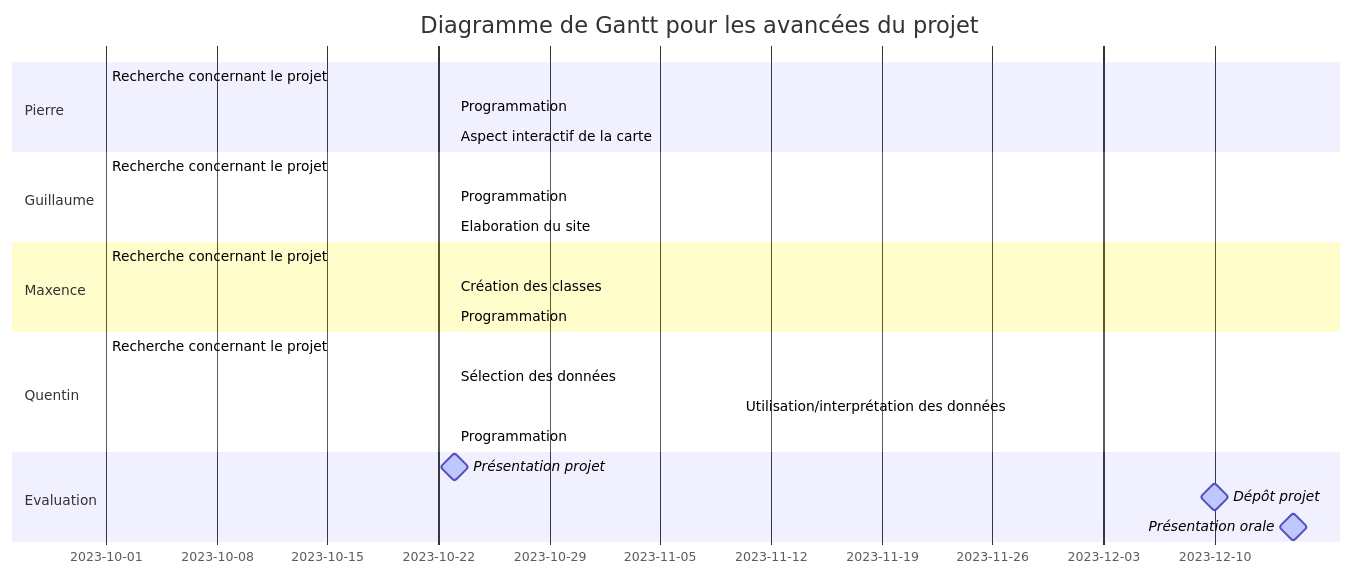
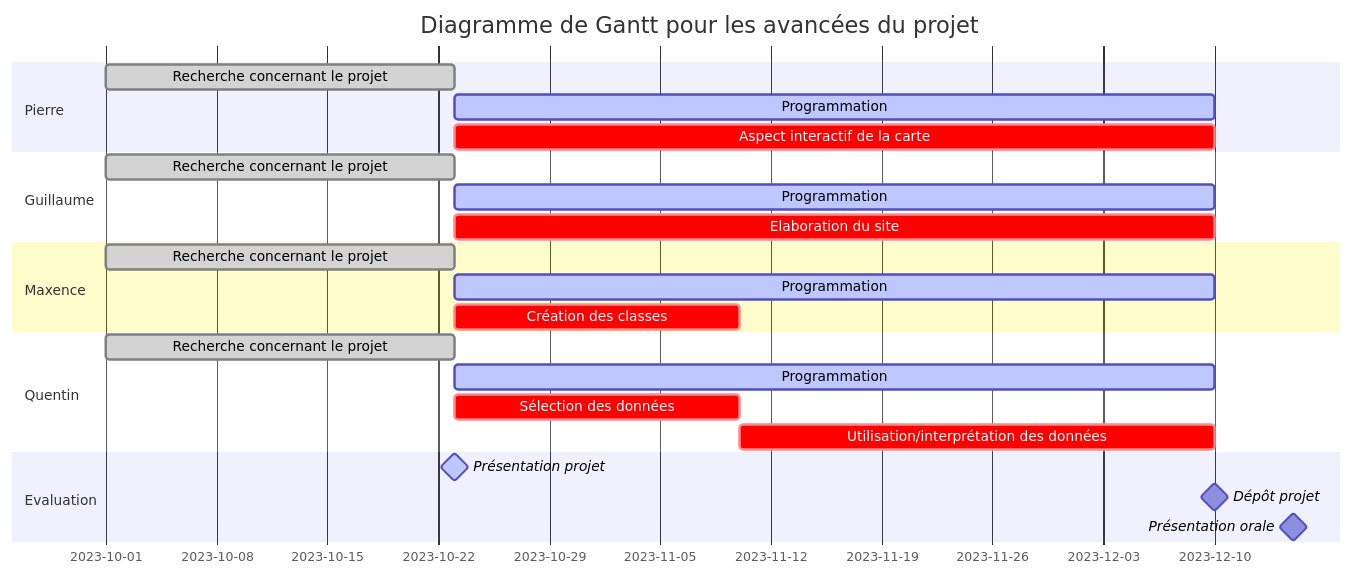
One commit to guibouland/ProjetGroupe changed the diagram in pollutionOcc/Avancée.qmd. Above: the diagram before and after it, drawn with Mermaid. The commit also changed 2 other files, not shown here.

Commit message:
étoffer le diagramme de Gantt

````diff
--- a/pollutionOcc/Avancée.qmd
+++ b/pollutionOcc/Avancée.qmd
@@ -4,30 +4,33 @@
 ```{mermaid}
     gantt
+        dateFormat YYYY-MM-DD
         title Diagramme de Gantt pour les avancées du projet
+        
+        %% Ceci est provisoire
         section Pierre
-            Recherche concernant le projet  : active,     2023-10-01, 2023-10-23
+            Recherche concernant le projet  : done,     2023-10-01, 2023-10-23
             Programmation : active,         2023-10-23, 2023-12-10
-            Aspect interactif de la carte : active,         2023-10-23, 2023-12-10
+            Aspect interactif de la carte : crit,         2023-10-23, 2023-12-10
             
         section Guillaume
-            Recherche concernant le projet  : active,     2023-10-01, 2023-10-23
+            Recherche concernant le projet  : done,     2023-10-01, 2023-10-23
             Programmation : active,         2023-10-23, 2023-12-10
-            Elaboration du site : active,         2023-10-23, 2023-12-10
+            Elaboration du site : crit,         2023-10-23, 2023-12-10
             
         section Maxence
-            Recherche concernant le projet : active,     2023-10-01, 2023-10-23
-            Création des classes : active,         2023-10-23, 2023-11-10
+            Recherche concernant le projet : done,     2023-10-01, 2023-10-23
             Programmation : active,         2023-10-23, 2023-12-10
+            Création des classes : crit,         2023-10-23, 2023-11-10
             
         section Quentin
-            Recherche concernant le projet : active,     2023-10-01, 2023-10-23
-            Sélection des données : active,         2023-10-23, 2023-11-10
-            Utilisation/interprétation des données : active,         2023-11-10, 2023-12-10
+            Recherche concernant le projet : done,     2023-10-01, 2023-10-23
             Programmation : active,         2023-10-23, 2023-12-10
+            Sélection des données : crit,         2023-10-23, 2023-11-10
+            Utilisation/interprétation des données : crit,         2023-11-10, 2023-12-10
             
         section Evaluation
             Présentation projet : active, milestone,     2023-10-23, 2023-10-23
-            Dépôt projet : active, milestone,     2023-12-10, 2023-12-10
-            Présentation orale : active, milestone,     2023-12-15, 2023-12-15
+            Dépôt projet : milestone,     2023-12-10, 2023-12-10
+            Présentation orale : milestone,     2023-12-15, 2023-12-15
 
 ```
````
